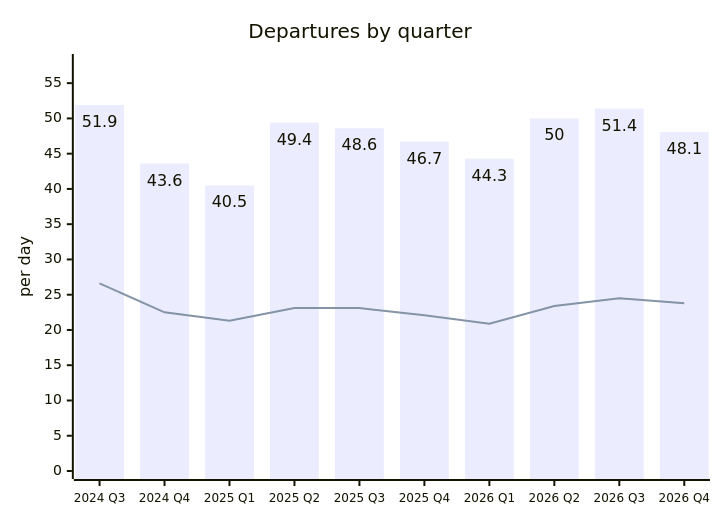
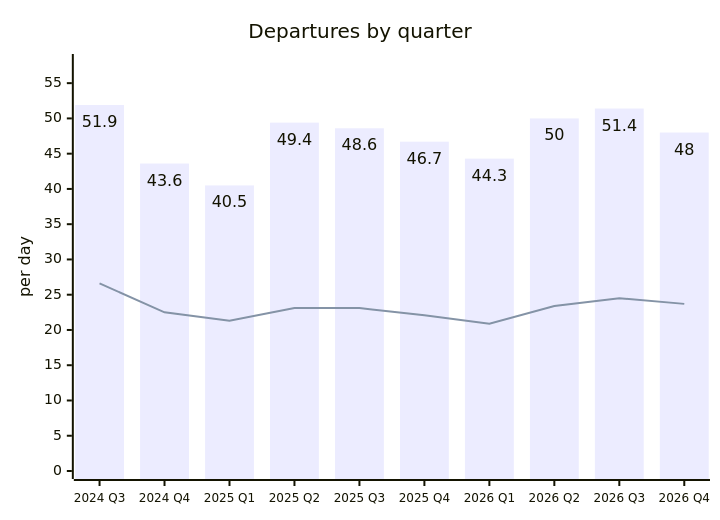
Before and after one commit to rainermesi/tll-airport-departures: the second of 2 diagrams in README.md, drawn with Mermaid. The commit also changed other lines of this file and 7 other files, not shown here.

````diff
--- a/README.md
+++ b/README.md
@@ -31,15 +54,15 @@
 ```mermaid
 ---
 config:
   xyChart:
     showDataLabel: true
     xAxis:
       labelFontSize: 12
 ---
 xychart-beta
     title "Departures by quarter"
     x-axis ["2024 Q3", "2024 Q4", "2025 Q1", "2025 Q2", "2025 Q3", "2025 Q4", "2026 Q1", "2026 Q2", "2026 Q3", "2026 Q4"]
     y-axis "per day" 0 --> 58
-    bar [51.9, 43.6, 40.5, 49.4, 48.6, 46.7, 44.3, 50.0, 51.4, 48.1]
-    line [26.6, 22.5, 21.3, 23.1, 23.1, 22.1, 20.9, 23.4, 24.5, 23.8]
+    bar [51.9, 43.6, 40.5, 49.4, 48.6, 46.7, 44.3, 50.0, 51.4, 48.0]
+    line [26.6, 22.5, 21.3, 23.1, 23.1, 22.1, 20.9, 23.4, 24.5, 23.7]
 ```
````
